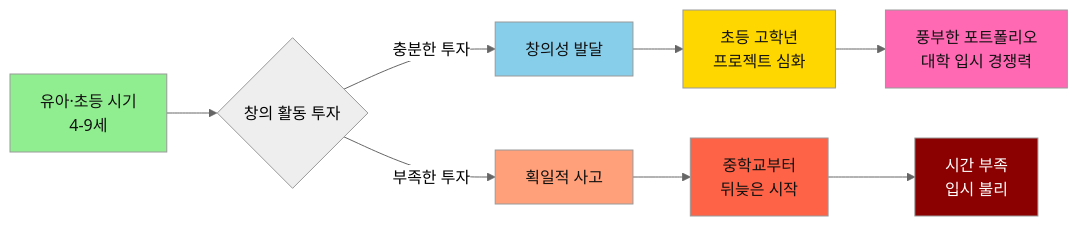
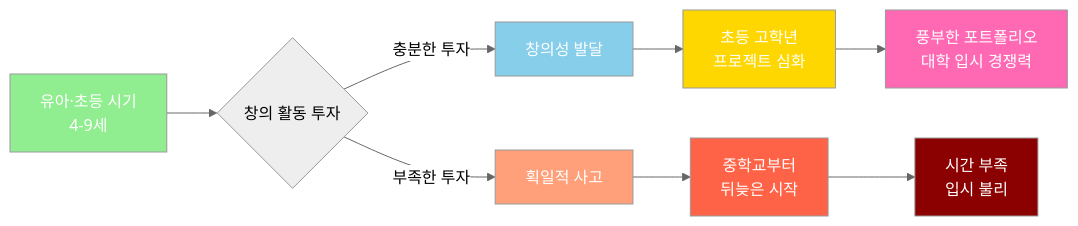
Diagram 11 of 22 in 2단계_유아초등교육커리큘럼.md (Collegenie-X/froebel), drawn with Mermaid (neutral theme) before and after one commit. The commit also changed other lines of this file and 4 other files, not shown here.

````diff
--- a/2단계_유아초등교육커리큘럼.md
+++ b/2단계_유아초등교육커리큘럼.md
@@ -428,20 +428,20 @@
 ```mermaid
 graph LR
     A[유아·초등 시기<br/>4-9세] --> B{창의 활동 투자}
     B -->|충분한 투자| C[창의성 발달]
     B -->|부족한 투자| D[획일적 사고]
     
     C --> E[초등 고학년<br/>프로젝트 심화]
     D --> F[중학교부터<br/>뒤늦은 시작]
     
     E --> G[풍부한 포트폴리오<br/>대학 입시 경쟁력]
     F --> H[시간 부족<br/>입시 불리]
     
-    style A fill:#90EE90,color:#111
-    style C fill:#87CEEB,color:#111
-    style E fill:#FFD700,color:#111
-    style G fill:#FF69B4,color:#111
-    style D fill:#FFA07A,color:#111
-    style F fill:#FF6347,color:#111
+    style A fill:#90EE90,color:#fff
+    style C fill:#87CEEB,color:#fff
+    style E fill:#FFD700,color:#fff
+    style G fill:#FF69B4,color:#fff
+    style D fill:#FFA07A,color:#fff
+    style F fill:#FF6347,color:#fff
     style H fill:#8B0000,color:#fff
 ```
````
